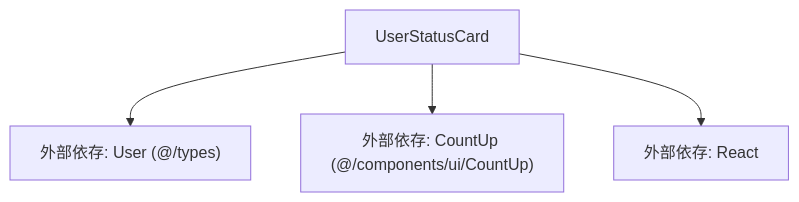
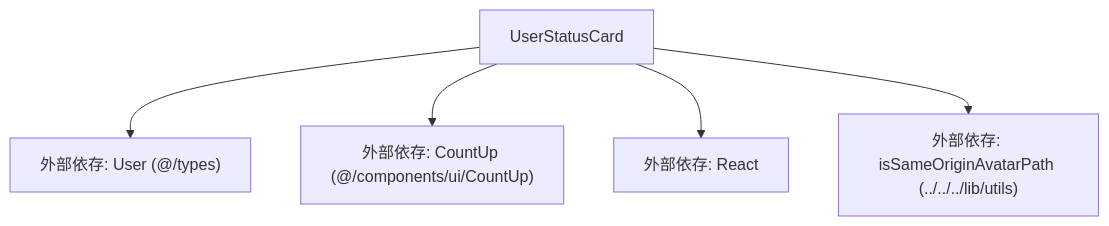
One commit to mmtigers/my_python_project changed the second of 2 diagrams in docs/specifications/family-quest/src/features/family/components/UserStatusCard.md. Above: the diagram before and after it, drawn with Mermaid. The commit also changed other lines of this file and 16 other files, not shown here.

````diff
--- a/docs/specifications/family-quest/src/features/family/components/UserStatusCard.md
+++ b/docs/specifications/family-quest/src/features/family/components/UserStatusCard.md
@@ -99,7 +102,8 @@
 ```mermaid
 graph TD
     UserStatusCard["UserStatusCard"] --> UserType["外部依存: User (@/types)"]
     UserStatusCard --> CountUp["外部依存: CountUp (@/components/ui/CountUp)"]
     UserStatusCard --> React["外部依存: React"]
+    UserStatusCard --> AvatarUtil["外部依存: isSameOriginAvatarPath (../../../lib/utils)"]
 
 ```
````
